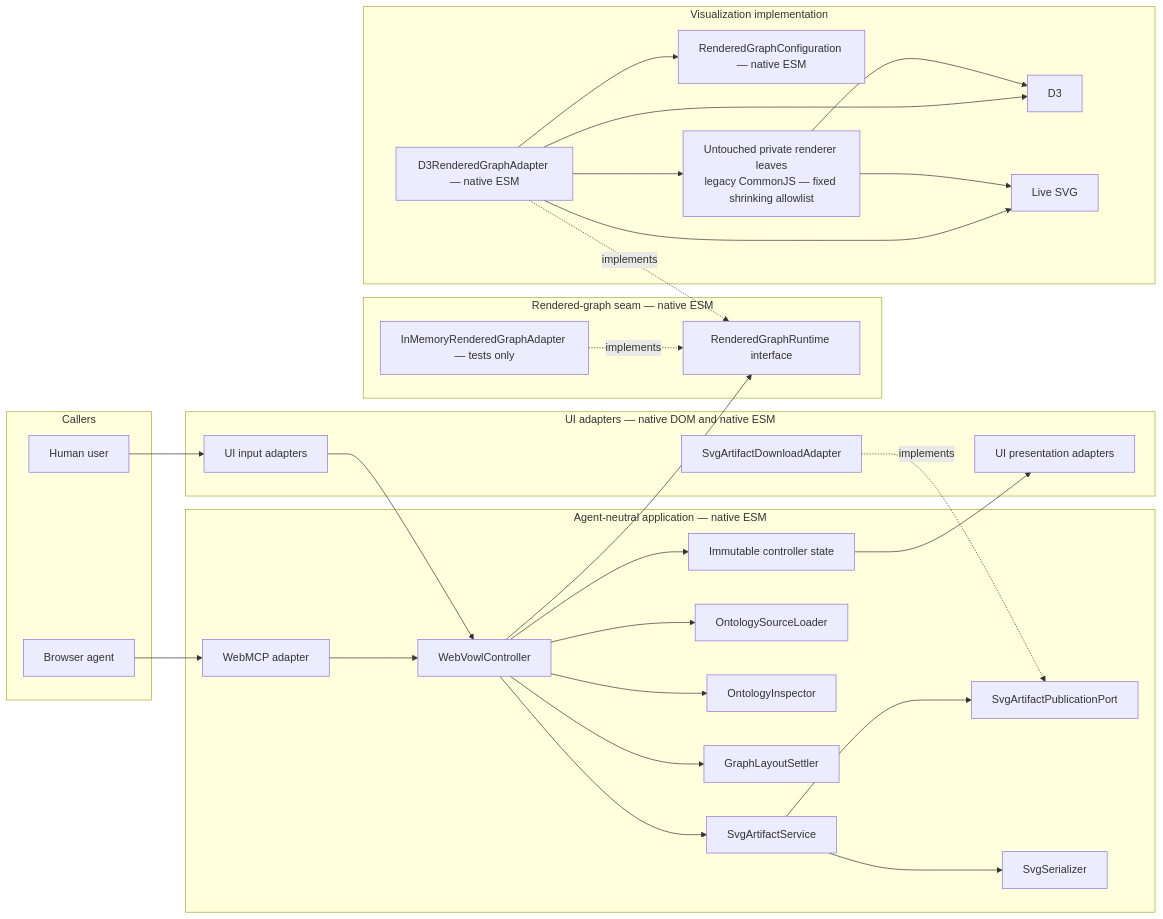
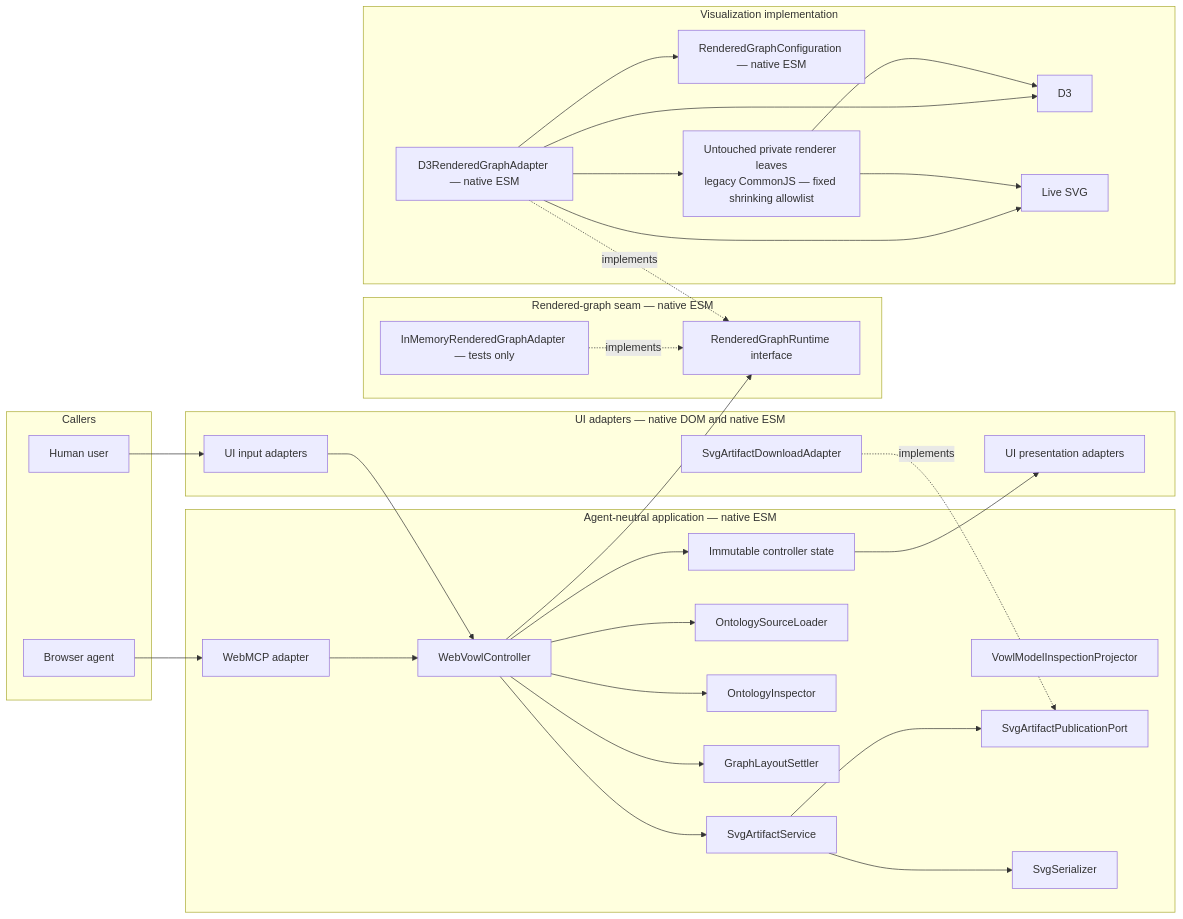
Before and after one commit to Hadden-Industries/webvowl: the diagram in docs/designs/2026-08-29-webmcp-integration.md, drawn with Mermaid. The commit also changed other lines of this file and 4 other files, not shown here.

````diff
--- a/docs/designs/2026-08-29-webmcp-integration.md
+++ b/docs/designs/2026-08-29-webmcp-integration.md
@@ -286,61 +286,62 @@
 ```mermaid
 flowchart LR
     subgraph Callers[Callers]
         Human[Human user]
         Agent[Browser agent]
     end
 
     subgraph UiAdapters[UI adapters — native DOM and native ESM]
         UiInput[UI input adapters]
         UiPresentation[UI presentation adapters]
         SvgDownload[SvgArtifactDownloadAdapter]
     end
 
     subgraph Application[Agent-neutral application — native ESM]
         WebMcp[WebMCP adapter]
         Controller[WebVowlController]
         ControllerState[Immutable controller state]
         SourceLoader[OntologySourceLoader]
+        Projector[VowlModelInspectionProjector]
         Inspector[OntologyInspector]
         LayoutSettler[GraphLayoutSettler]
         ArtifactService[SvgArtifactService]
         ArtifactPublication[SvgArtifactPublicationPort]
         SvgSerializer[SvgSerializer]
     end
 
     subgraph RuntimeSeam[Rendered-graph seam — native ESM]
         Runtime[RenderedGraphRuntime interface]
         InMemoryAdapter[InMemoryRenderedGraphAdapter — tests only]
     end
 
     subgraph Visualization[Visualization implementation]
         D3Adapter[D3RenderedGraphAdapter — native ESM]
         GraphConfiguration[RenderedGraphConfiguration — native ESM]
         LegacyCjs[Untouched private renderer leaves<br/>legacy CommonJS — fixed shrinking allowlist]
         D3[D3]
         LiveSvg[Live SVG]
     end
 
     Human --> UiInput
     Agent --> WebMcp
     UiInput --> Controller
     WebMcp --> Controller
     Controller --> SourceLoader
     Controller --> Inspector
     Controller --> LayoutSettler
     Controller --> ArtifactService
     ArtifactService --> SvgSerializer
     ArtifactService --> ArtifactPublication
     Controller --> Runtime
     Controller --> ControllerState
     ControllerState --> UiPresentation
     D3Adapter -.->|implements| Runtime
     InMemoryAdapter -.->|implements| Runtime
     SvgDownload -.->|implements| ArtifactPublication
     D3Adapter --> GraphConfiguration
     D3Adapter --> LegacyCjs
     D3Adapter --> D3
     D3Adapter --> LiveSvg
     LegacyCjs --> D3
     LegacyCjs --> LiveSvg
 ```
````
